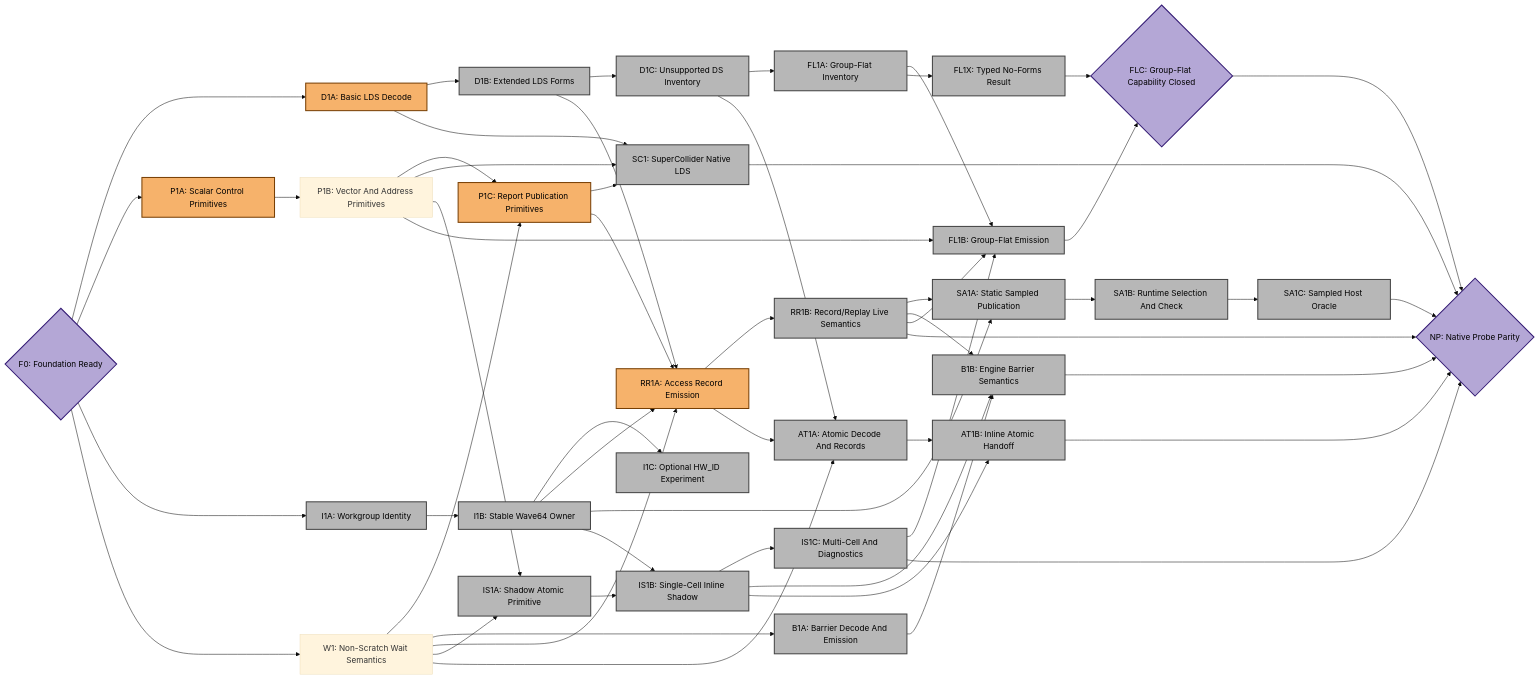
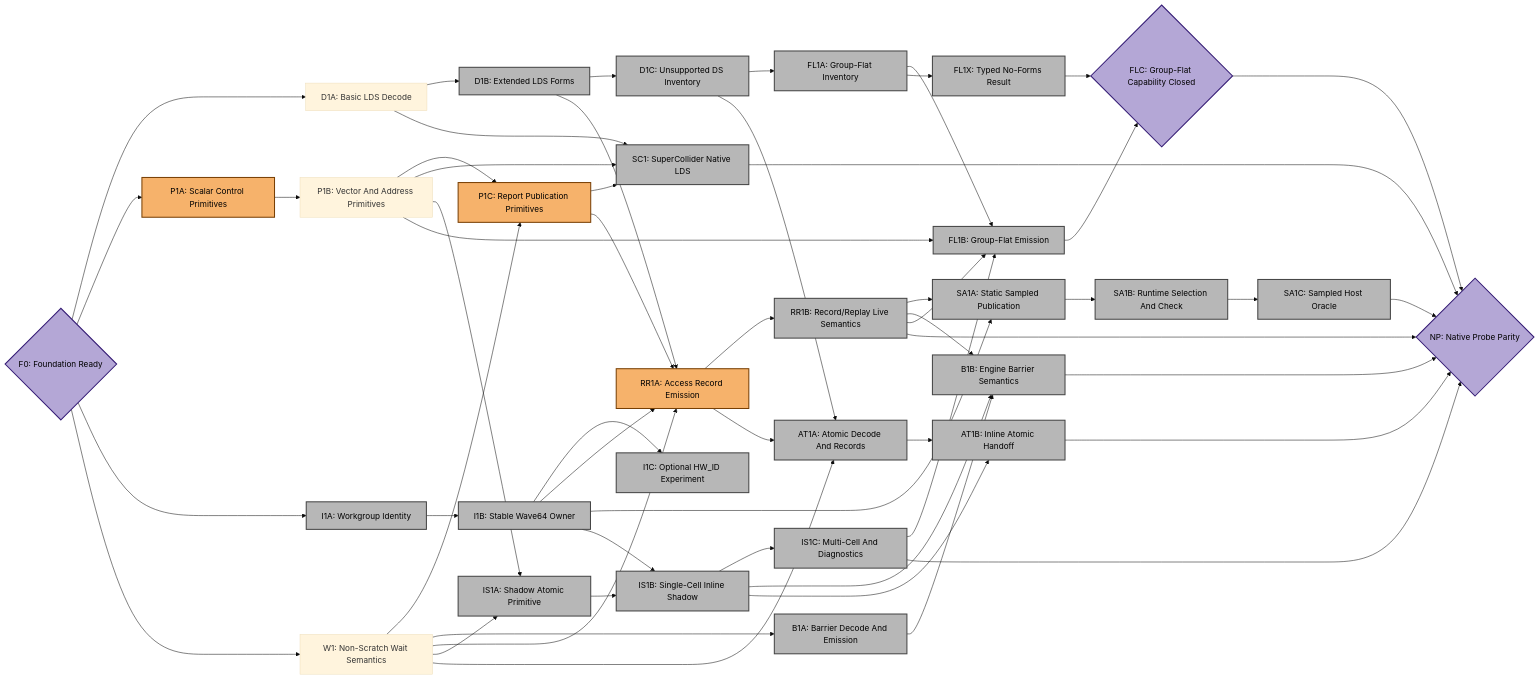
One commit to ROCm/rocm-systems changed the third of 4 diagrams in emulation/rocjitsu/docs/consan/PLAN_GFX950.md. Above: the diagram before and after it, drawn with Mermaid (base theme). The commit also changed other lines of this file and 1 other file, not shown here.

Commit message:
rocjitsu: retain gfx950 basic LDS decode fixture

````diff
--- a/emulation/rocjitsu/docs/consan/PLAN_GFX950.md
+++ b/emulation/rocjitsu/docs/consan/PLAN_GFX950.md
@@ -204,7 +208,7 @@
 ```mermaid
 flowchart LR
   F0{"F0: Foundation Ready"}:::target
-  D1A["D1A: Basic LDS Decode"]:::active
+  D1A["D1A: Basic LDS Decode"]:::done
   D1B["D1B: Extended LDS Forms"]:::todo
   D1C["D1C: Unsupported DS Inventory"]:::todo
   P1A["P1A: Scalar Control Primitives"]:::active
````
